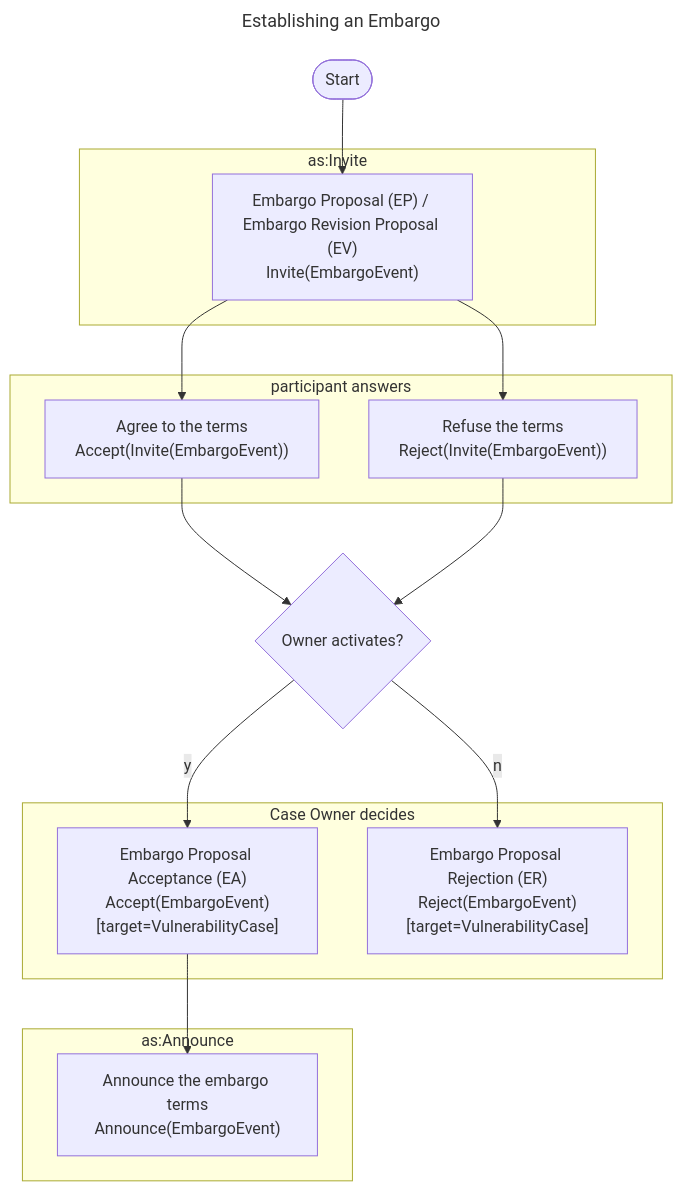
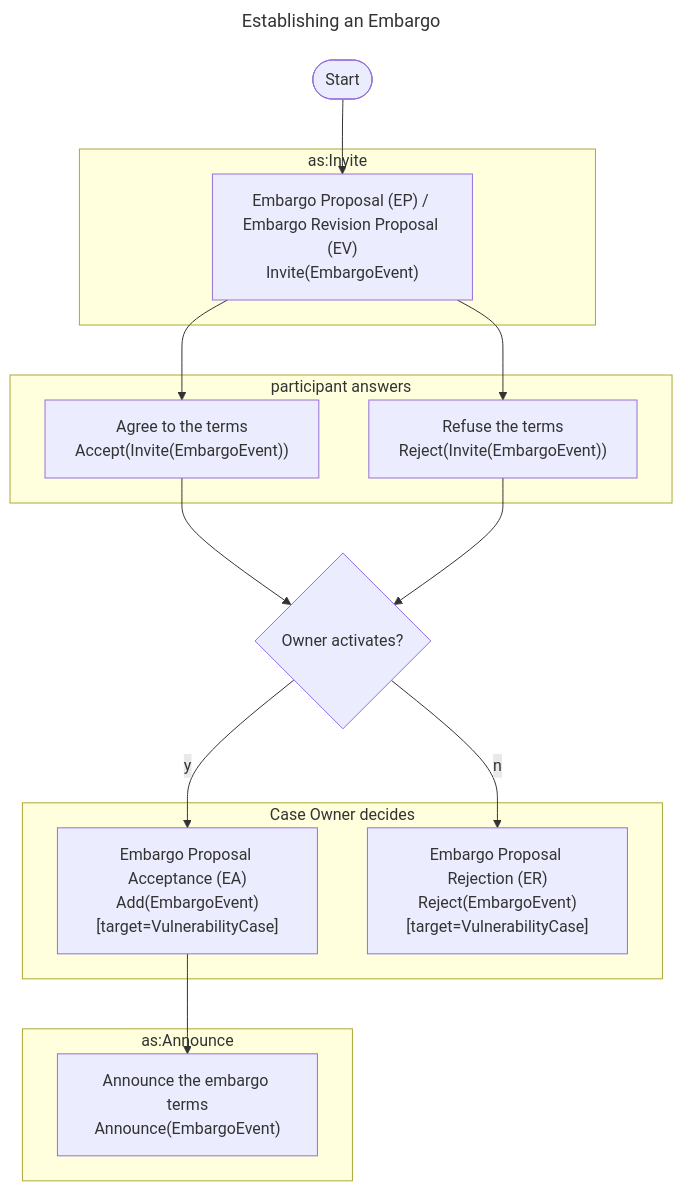
The diagram in docs/howto/activitypub/activities/establish_embargo.md (CERTCC/Vultron), drawn with Mermaid before and after one commit. The commit also changed other lines of this file and 109 other files, not shown here.

First line of the commit message:
feat(embargo): the case owner activates with Add(EmbargoEvent) and names the proposal

````diff
--- a/docs/howto/activitypub/activities/establish_embargo.md
+++ b/docs/howto/activitypub/activities/establish_embargo.md
@@ -41,28 +41,28 @@
 ```mermaid
 ---
 title: Establishing an Embargo
 ---
 flowchart TB
     subgraph as:Invite
         EmProposeEmbargo["Embargo Proposal (EP) / Embargo Revision Proposal (EV)<br/>Invite(EmbargoEvent)"]
     end
     subgraph participant answers
         EmAcceptEmbargo["Agree to the terms<br/>Accept(Invite(EmbargoEvent))"]
         EmRejectEmbargo["Refuse the terms<br/>Reject(Invite(EmbargoEvent))"]
     end
     subgraph Case Owner decides
-        ActivateEmbargo["Embargo Proposal Acceptance (EA)<br/>Accept(EmbargoEvent)[target=VulnerabilityCase]"]
+        ActivateEmbargo["Embargo Proposal Acceptance (EA)<br/>Add(EmbargoEvent)[target=VulnerabilityCase]"]
         RejectEmbargoProposal["Embargo Proposal Rejection (ER)<br/>Reject(EmbargoEvent)[target=VulnerabilityCase]"]
     end
     subgraph as:Announce
         AnnounceEmbargo["Announce the embargo terms<br/>Announce(EmbargoEvent)"]
     end
     start([Start]) --> EmProposeEmbargo
     EmProposeEmbargo --> EmAcceptEmbargo
     EmProposeEmbargo --> EmRejectEmbargo
     EmAcceptEmbargo --> d{Owner activates?}
     EmRejectEmbargo --> d
     d -->|y| ActivateEmbargo
     d -->|n| RejectEmbargoProposal
     ActivateEmbargo --> AnnounceEmbargo
 ```
````
